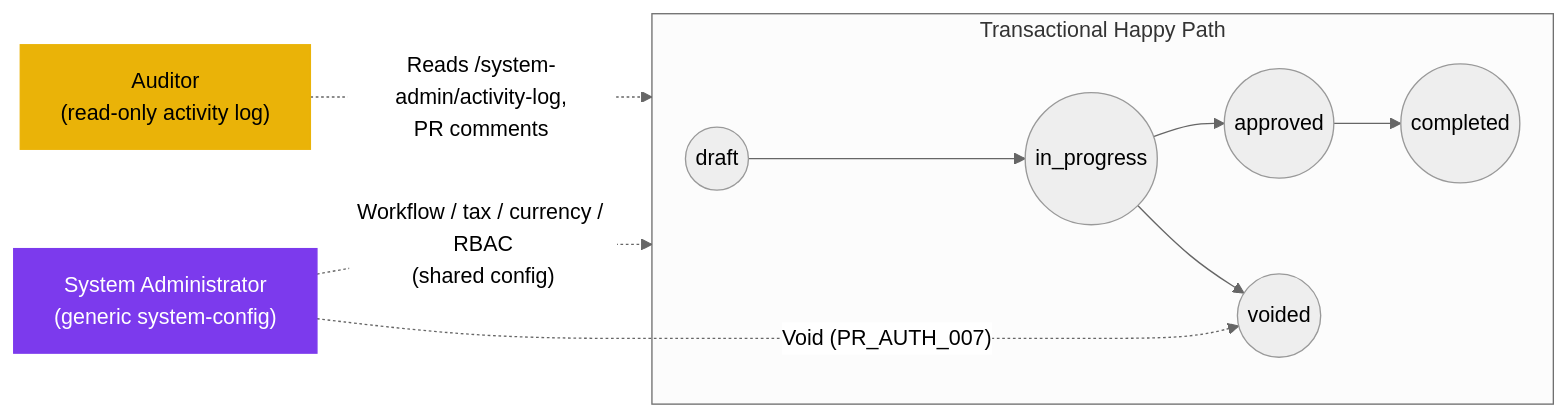
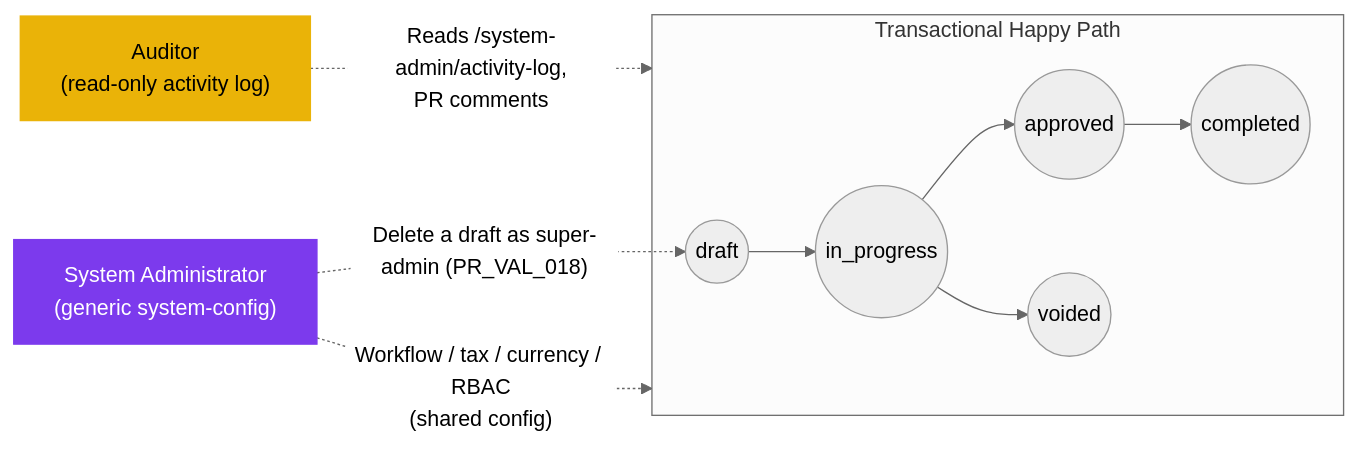
One commit to CarmenSoftware-organization/carmen-wiki changed the diagram in en/inventory/purchase-request/03-user-flow-audit-config.md. Above: the diagram before and after it, drawn with Mermaid (neutral theme). The commit also changed other lines of this file and 19 other files, not shown here.

First line of the commit message:
docs(inventory): re-sync Purchase Request + Templates to HEAD (my-pending view, send-back → in_progress, no admin void, qty/FOC rules, object entity refs)

````diff
--- a/en/inventory/purchase-request/03-user-flow-audit-config.md
+++ b/en/inventory/purchase-request/03-user-flow-audit-config.md
@@ -34,14 +34,14 @@
 ```mermaid
 graph LR
     subgraph transactional["Transactional Happy Path"]
         draft(("draft")) --> inprog(("in_progress"))
         inprog --> approved(("approved"))
         approved --> completed(("completed"))
         inprog --> voided(("voided"))
     end
     auditor["Auditor<br/>(read-only activity log)"]:::audit -.->|"Reads /system-admin/activity-log,<br/>PR comments"| transactional
     sysadmin["System Administrator<br/>(generic system-config)"]:::cfg -.->|"Workflow / tax / currency / RBAC<br/>(shared config)"| transactional
-    sysadmin -.->|"Void (PR_AUTH_007)"| voided
+    sysadmin -.->|"Delete a draft as super-admin (PR_VAL_018)"| draft
     classDef audit fill:#eab308,color:#000,stroke:#eab308;
     classDef cfg fill:#7c3aed,color:#fff,stroke:#7c3aed;
 ```
````
